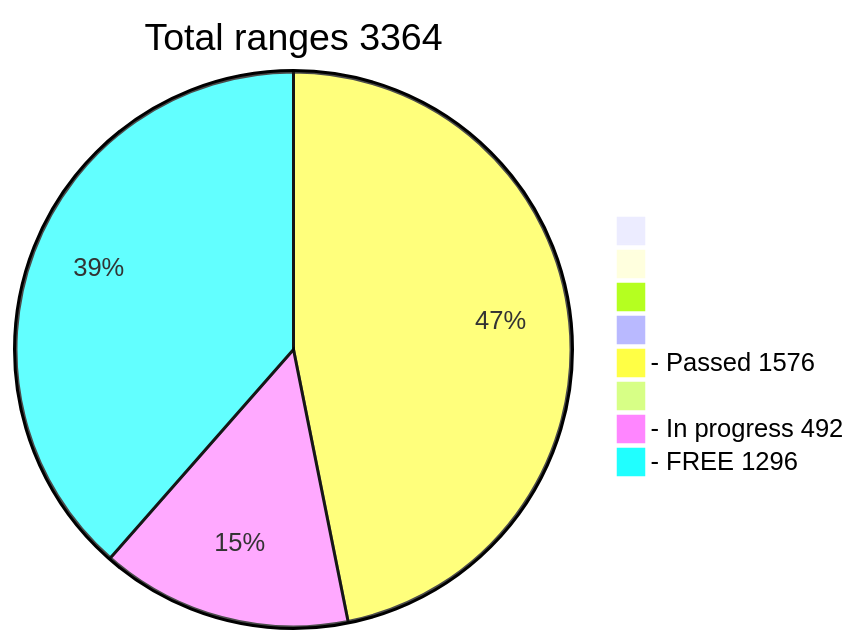
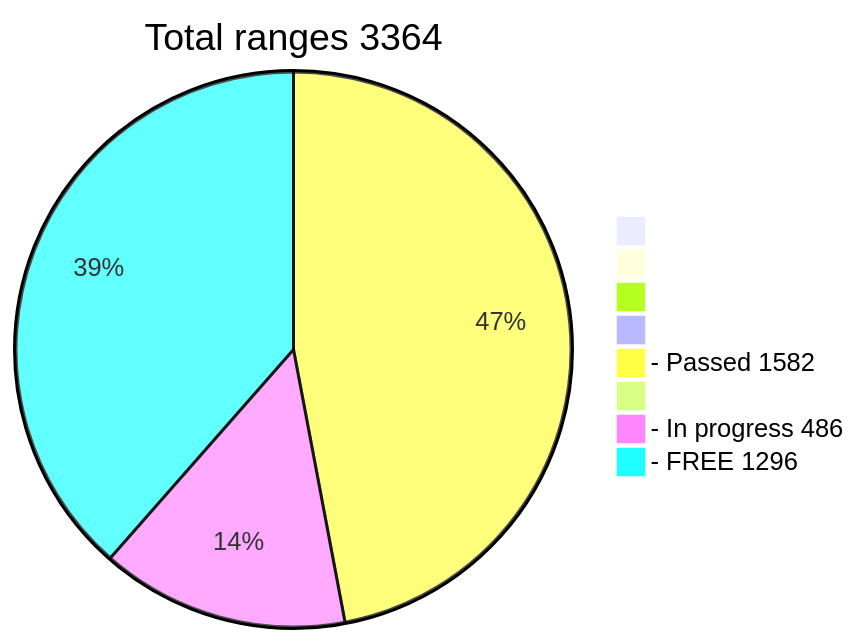
Before and after one commit to phrutis/wif500: the diagram in README.md, drawn with Mermaid.

````diff
--- a/README.md
+++ b/README.md
@@ -16,12 +16,12 @@
 ```mermaid
 pie title Total ranges 3364
              " " : 0
             "  " : 0
            "   " : 0
           "    " : 0
-  "- Passed 1576" : 1576
+  "- Passed 1582" : 1582
          "     " : 0
-  "- In progress 492" : 492
+  "- In progress 486" : 486
    "- FREE 1296" : 1296
    
 ```
````
